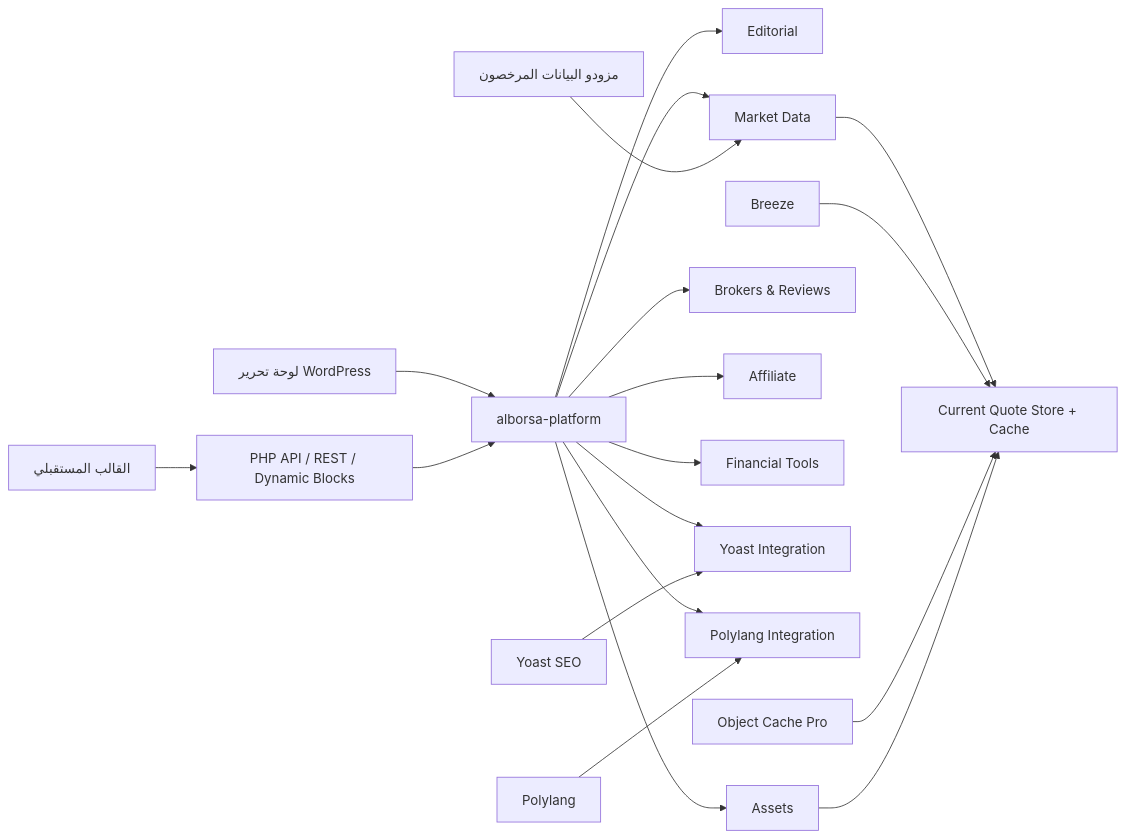
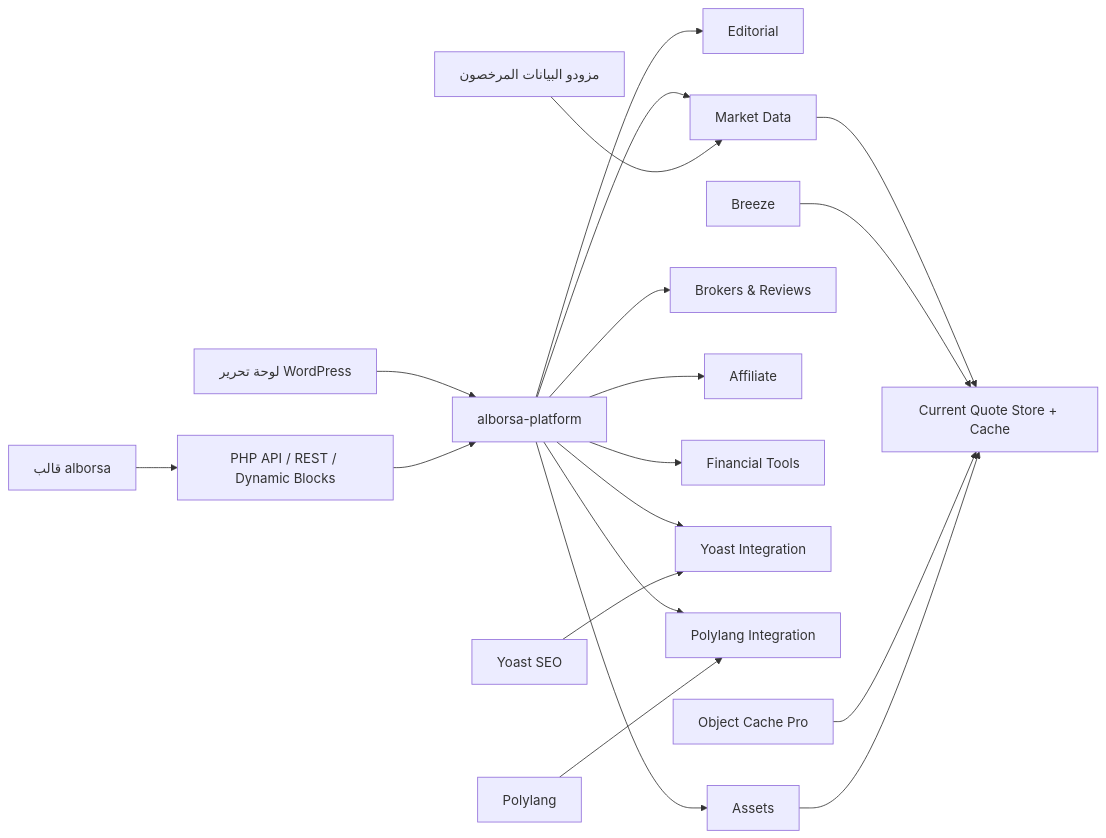
One commit to abdelhamidkaram/alborsa changed the diagram in docs/01-plugin-architecture.md. Above: the diagram before and after it, drawn with Mermaid. The commit also changed other lines of this file and 5 other files, not shown here.

````diff
--- a/docs/01-plugin-architecture.md
+++ b/docs/01-plugin-architecture.md
@@ -95,23 +95,23 @@
 ```mermaid
 flowchart LR
     Admin["لوحة تحرير WordPress"] --> Plugin["alborsa-platform"]
-    Theme["القالب المستقبلي"] --> API["PHP API / REST / Dynamic Blocks"]
+    Theme["قالب alborsa"] --> API["PHP API / REST / Dynamic Blocks"]
     API --> Plugin
 
     Plugin --> Editorial["Editorial"]
     Plugin --> Assets["Assets"]
     Plugin --> Market["Market Data"]
     Plugin --> Brokers["Brokers & Reviews"]
     Plugin --> Affiliate["Affiliate"]
     Plugin --> Tools["Financial Tools"]
     Plugin --> SEO["Yoast Integration"]
     Plugin --> I18n["Polylang Integration"]
 
     Provider["مزودو البيانات المرخصون"] --> Market
     Yoast["Yoast SEO"] --> SEO
     Polylang["Polylang"] --> I18n
     Market --> Cache["Current Quote Store + Cache"]
     Breeze["Breeze"] --> Cache
     ObjectCache["Object Cache Pro"] --> Cache
     Assets --> Cache
 ```
````
